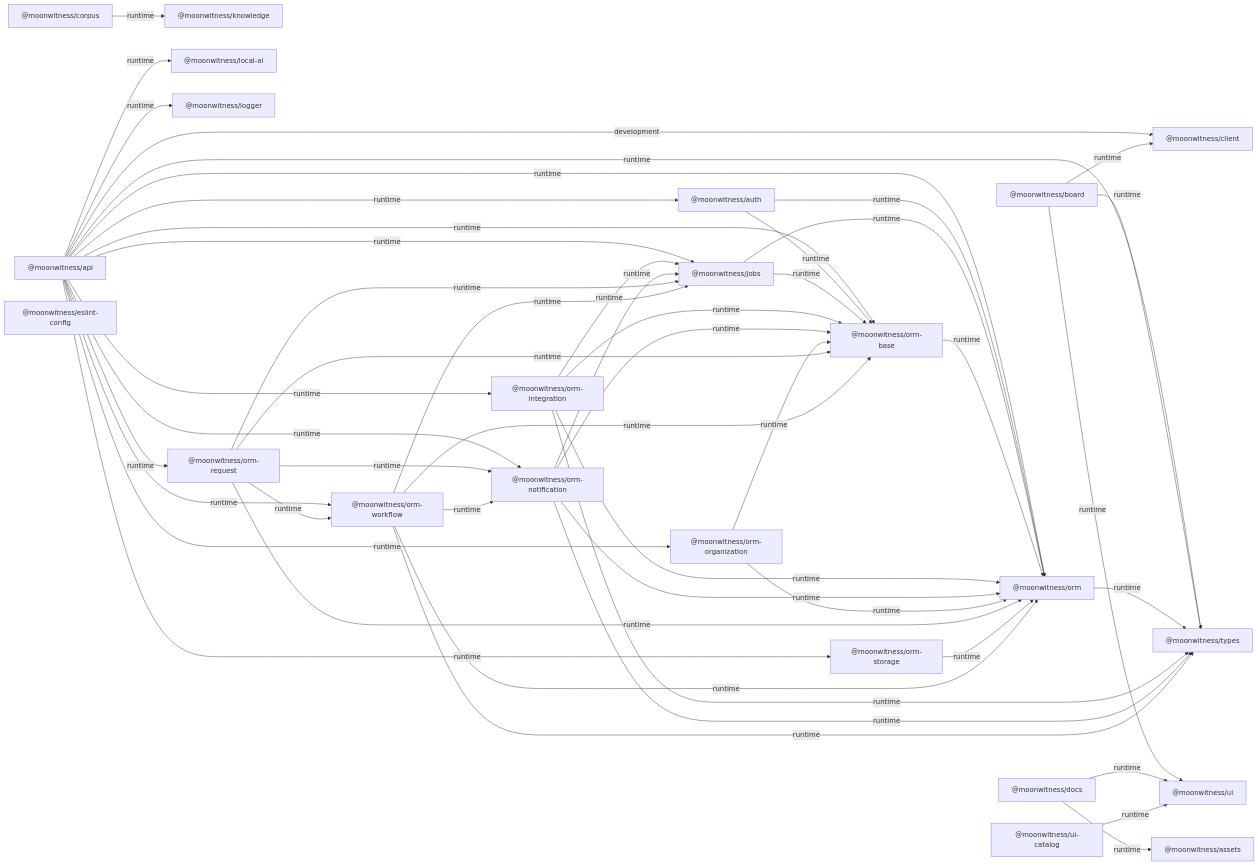
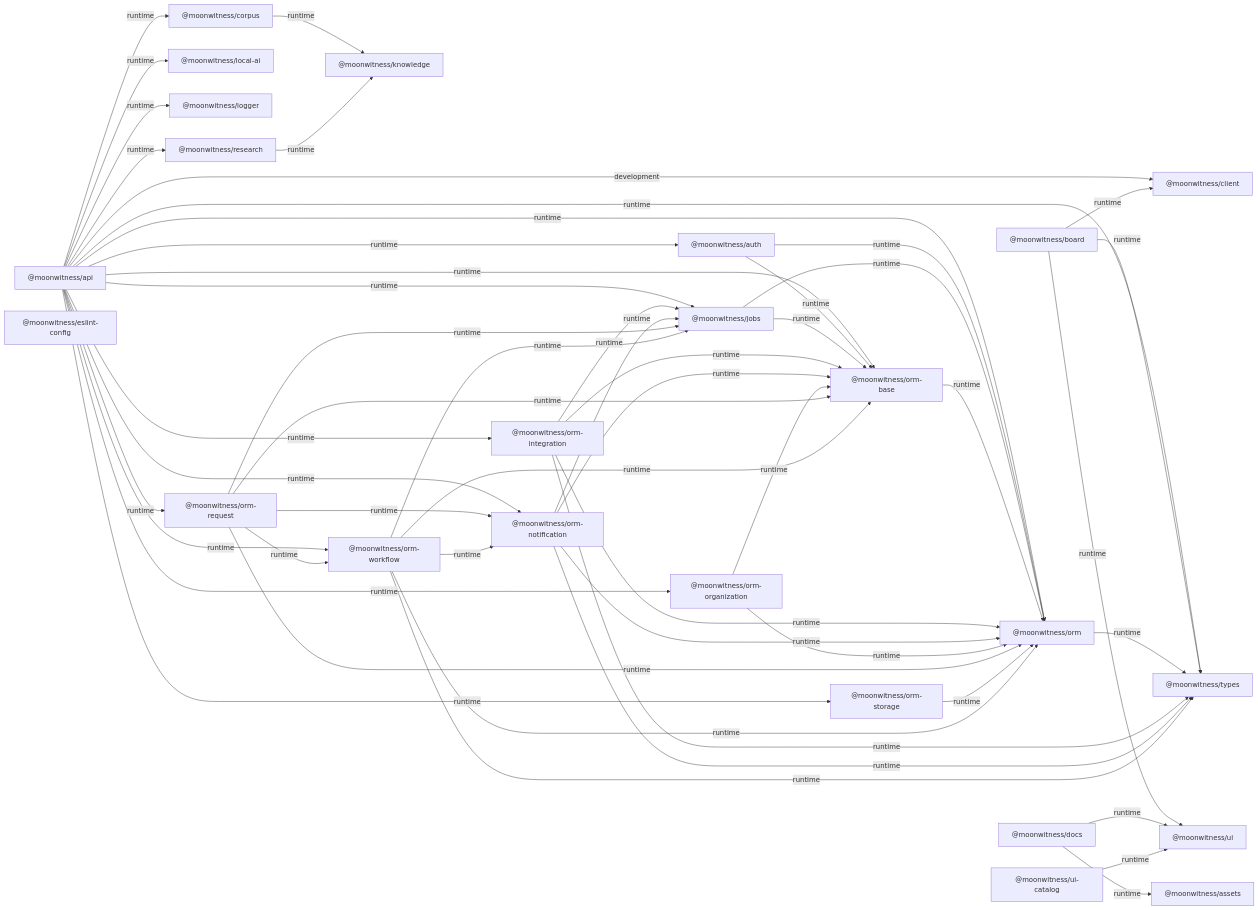
The diagram in docs/architecture/diagrams/workspace-dependencies.mmd (bjo163/moonwitness-xi), drawn with Mermaid before and after one commit. The commit also changed 35 other files, not shown here.

```diff
--- a/docs/architecture/diagrams/workspace-dependencies.mmd
+++ b/docs/architecture/diagrams/workspace-dependencies.mmd
@@ -1,72 +1,76 @@
 flowchart LR
   pkg0["@moonwitness/api"]
   pkg1["@moonwitness/assets"]
   pkg2["@moonwitness/auth"]
   pkg3["@moonwitness/board"]
   pkg4["@moonwitness/client"]
   pkg5["@moonwitness/corpus"]
   pkg6["@moonwitness/docs"]
   pkg7["@moonwitness/eslint-config"]
   pkg8["@moonwitness/jobs"]
   pkg9["@moonwitness/knowledge"]
   pkg10["@moonwitness/local-ai"]
   pkg11["@moonwitness/logger"]
   pkg12["@moonwitness/orm"]
   pkg13["@moonwitness/orm-base"]
   pkg14["@moonwitness/orm-integration"]
   pkg15["@moonwitness/orm-notification"]
   pkg16["@moonwitness/orm-organization"]
   pkg17["@moonwitness/orm-request"]
   pkg18["@moonwitness/orm-storage"]
   pkg19["@moonwitness/orm-workflow"]
-  pkg20["@moonwitness/types"]
-  pkg21["@moonwitness/ui"]
-  pkg22["@moonwitness/ui-catalog"]
+  pkg20["@moonwitness/research"]
+  pkg21["@moonwitness/types"]
+  pkg22["@moonwitness/ui"]
+  pkg23["@moonwitness/ui-catalog"]
   pkg0 -->|development| pkg4
   pkg0 -->|runtime| pkg2
+  pkg0 -->|runtime| pkg5
   pkg0 -->|runtime| pkg8
   pkg0 -->|runtime| pkg10
   pkg0 -->|runtime| pkg11
   pkg0 -->|runtime| pkg12
   pkg0 -->|runtime| pkg13
   pkg0 -->|runtime| pkg14
   pkg0 -->|runtime| pkg15
   pkg0 -->|runtime| pkg16
   pkg0 -->|runtime| pkg17
   pkg0 -->|runtime| pkg18
   pkg0 -->|runtime| pkg19
   pkg0 -->|runtime| pkg20
+  pkg0 -->|runtime| pkg21
   pkg2 -->|runtime| pkg12
   pkg2 -->|runtime| pkg13
   pkg3 -->|runtime| pkg4
-  pkg3 -->|runtime| pkg20
   pkg3 -->|runtime| pkg21
+  pkg3 -->|runtime| pkg22
   pkg5 -->|runtime| pkg9
   pkg6 -->|runtime| pkg1
-  pkg6 -->|runtime| pkg21
+  pkg6 -->|runtime| pkg22
   pkg8 -->|runtime| pkg12
   pkg8 -->|runtime| pkg13
-  pkg12 -->|runtime| pkg20
+  pkg12 -->|runtime| pkg21
   pkg13 -->|runtime| pkg12
   pkg14 -->|runtime| pkg8
   pkg14 -->|runtime| pkg12
   pkg14 -->|runtime| pkg13
-  pkg14 -->|runtime| pkg20
+  pkg14 -->|runtime| pkg21
   pkg15 -->|runtime| pkg8
   pkg15 -->|runtime| pkg12
   pkg15 -->|runtime| pkg13
-  pkg15 -->|runtime| pkg20
+  pkg15 -->|runtime| pkg21
   pkg16 -->|runtime| pkg12
   pkg16 -->|runtime| pkg13
   pkg17 -->|runtime| pkg8
   pkg17 -->|runtime| pkg12
   pkg17 -->|runtime| pkg13
   pkg17 -->|runtime| pkg15
   pkg17 -->|runtime| pkg19
   pkg18 -->|runtime| pkg12
   pkg19 -->|runtime| pkg8
   pkg19 -->|runtime| pkg12
   pkg19 -->|runtime| pkg13
   pkg19 -->|runtime| pkg15
-  pkg19 -->|runtime| pkg20
-  pkg22 -->|runtime| pkg21
+  pkg19 -->|runtime| pkg21
+  pkg20 -->|runtime| pkg9
+  pkg23 -->|runtime| pkg22
```
